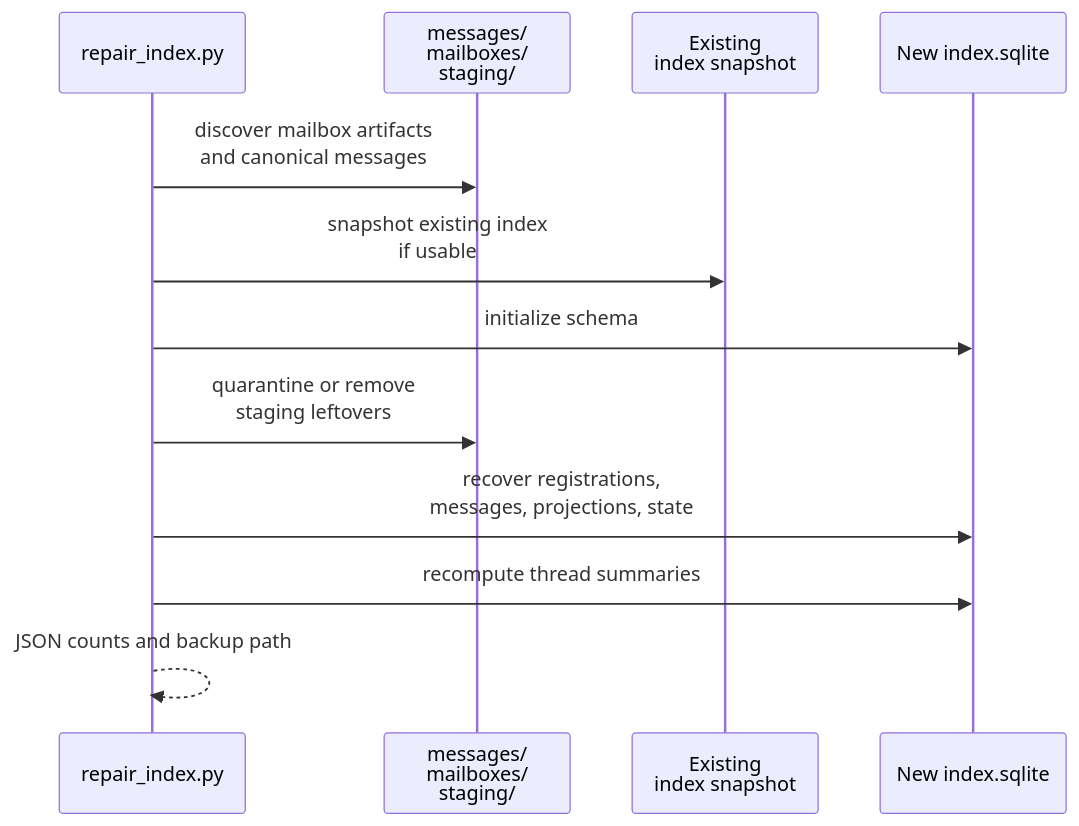
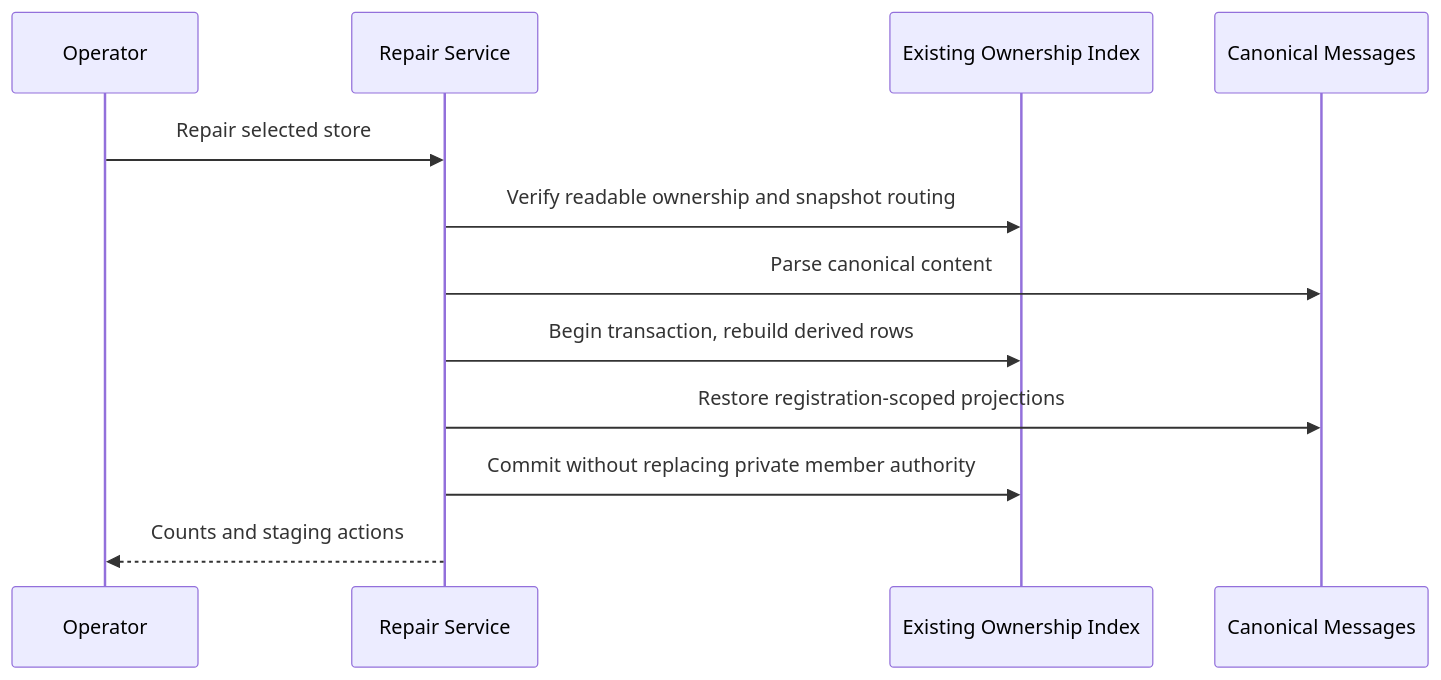
The diagram in docs/reference/mailbox/operations/repair-recovery.md (igamenovoer/houmao), drawn with Mermaid before and after one commit. The commit also changed other lines of this file and 252 other files, not shown here.

````diff
--- a/docs/reference/mailbox/operations/repair-recovery.md
+++ b/docs/reference/mailbox/operations/repair-recovery.md
@@ -63,14 +23,14 @@
 ```mermaid
 sequenceDiagram
-    participant Req as repair_index.py
-    participant FS as messages/<br/>mailboxes/<br/>staging/
-    participant Snap as Existing<br/>index snapshot
-    participant DB as New index.sqlite
-    Req->>FS: discover mailbox artifacts<br/>and canonical messages
-    Req->>Snap: snapshot existing index<br/>if usable
-    Req->>DB: initialize schema
-    Req->>FS: quarantine or remove<br/>staging leftovers
-    Req->>DB: recover registrations,<br/>messages, projections, state
-    Req->>DB: recompute thread summaries
-    Req-->>Req: JSON counts and backup path
+    participant Operator
+    participant Service as Repair Service
+    participant Index as Existing Ownership Index
+    participant Files as Canonical Messages
+    Operator->>Service: Repair selected store
+    Service->>Index: Verify readable ownership and snapshot routing
+    Service->>Files: Parse canonical content
+    Service->>Index: Begin transaction, rebuild derived rows
+    Service->>Files: Restore registration-scoped projections
+    Service->>Index: Commit without replacing private member authority
+    Service-->>Operator: Counts and staging actions
 ```
````
